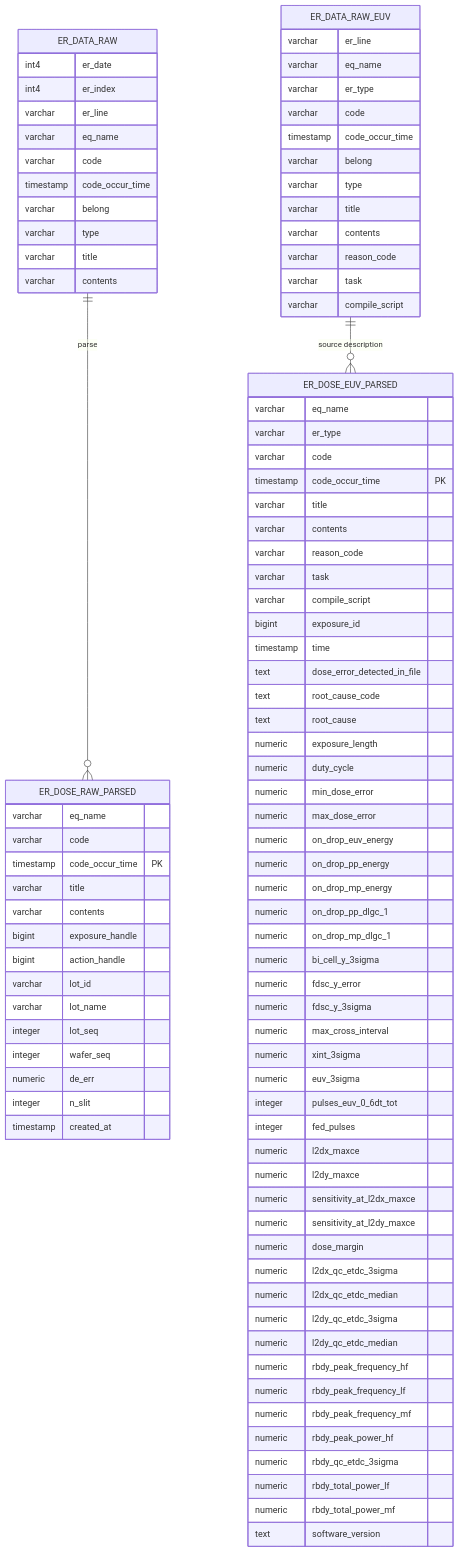
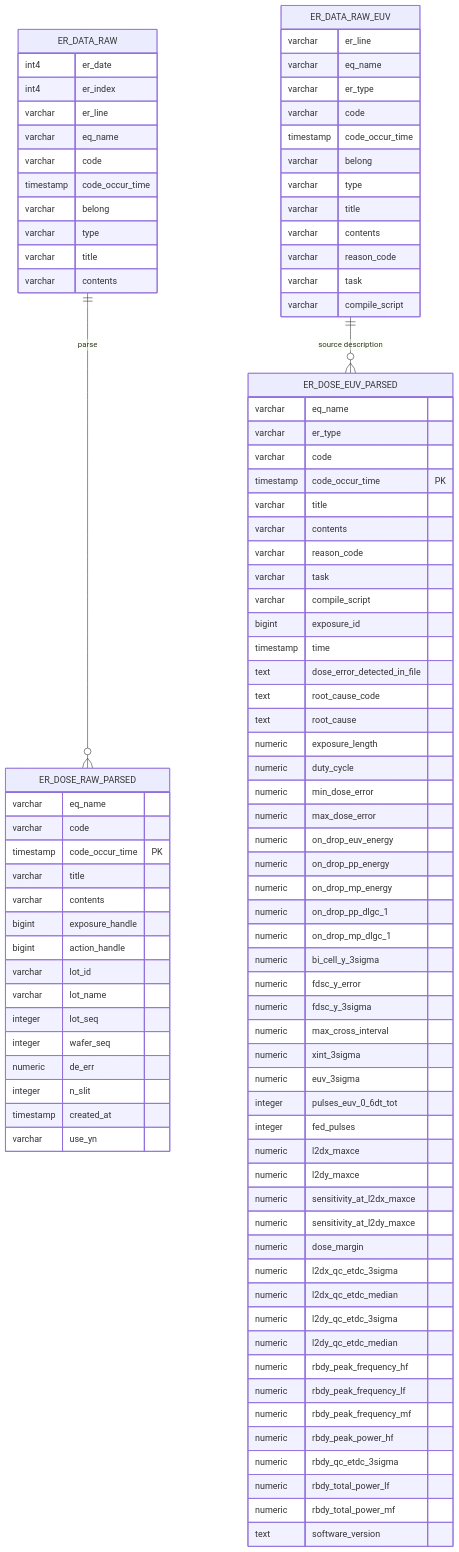
The diagram in ER_DOSE_ERROR.md (junho0831/PythonStudy), drawn with Mermaid before and after one commit. The commit also changed other lines of this file and 9 other files, not shown here.

Commit message:
ER Dose RAW use_yn 처리 추가

```diff
--- a/ER_DOSE_ERROR.md
+++ b/ER_DOSE_ERROR.md
@@ -86,6 +86,7 @@
         numeric de_err
         integer n_slit
         timestamp created_at
+        varchar use_yn
     }
 
     ER_DOSE_EUV_PARSED {
```
